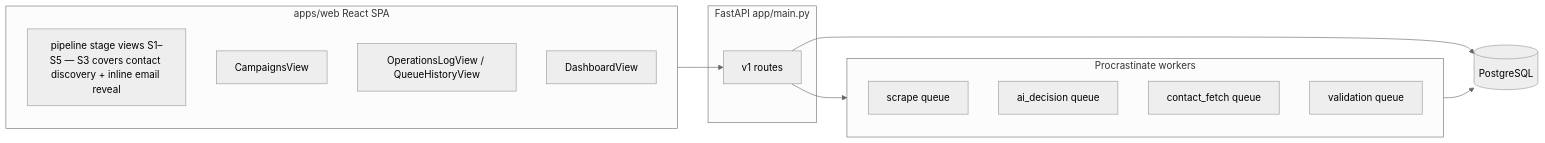
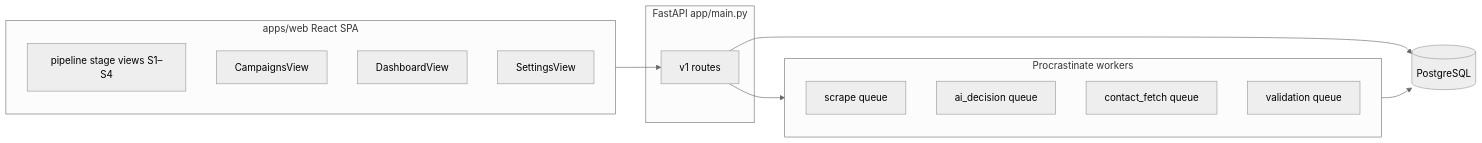
The diagram in docs/repository-mental-model.md (invaritech-ai/prospect-shortlisting), drawn with Mermaid (neutral theme) before and after one commit. The commit also changed other lines of this file and 112 other files, not shown here.

````diff
--- a/docs/repository-mental-model.md
+++ b/docs/repository-mental-model.md
@@ -13,22 +11,22 @@
 ```mermaid
 flowchart LR
   subgraph ui [apps/web React SPA]
-    Pipeline[pipeline stage views S1–S5 — S3 covers contact discovery + inline email reveal]
+    Pipeline[pipeline stage views S1–S4]
     Campaigns[CampaignsView]
-    Ops[OperationsLogView / QueueHistoryView]
     Dash[DashboardView]
+    Settings[SettingsView]
   end
   subgraph api [FastAPI app/main.py]
     Routes[v1 routes]
   end
   subgraph workers [Procrastinate workers]
     scrapeQ[scrape queue]
     analysisQ[ai_decision queue]
     contactsQ[contact_fetch queue]
     validationQ[validation queue]
   end
   ui --> Routes
   Routes --> PG[(PostgreSQL)]
   Routes --> workers
   workers --> PG
 ```
````
